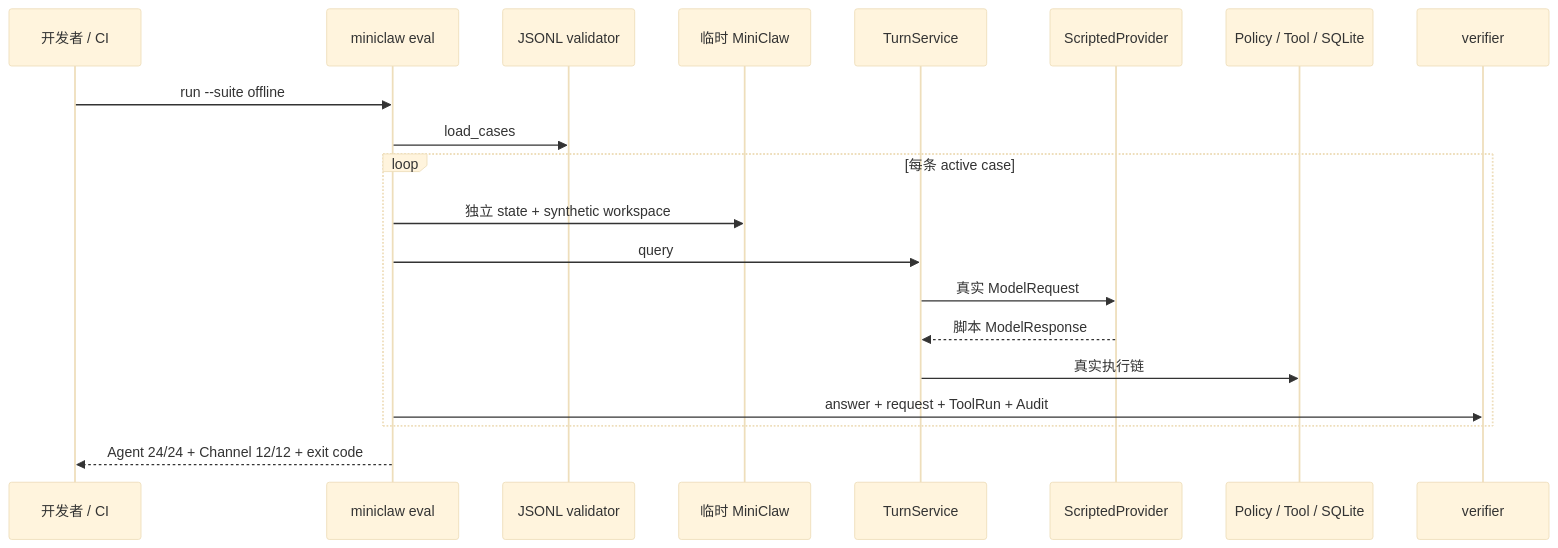
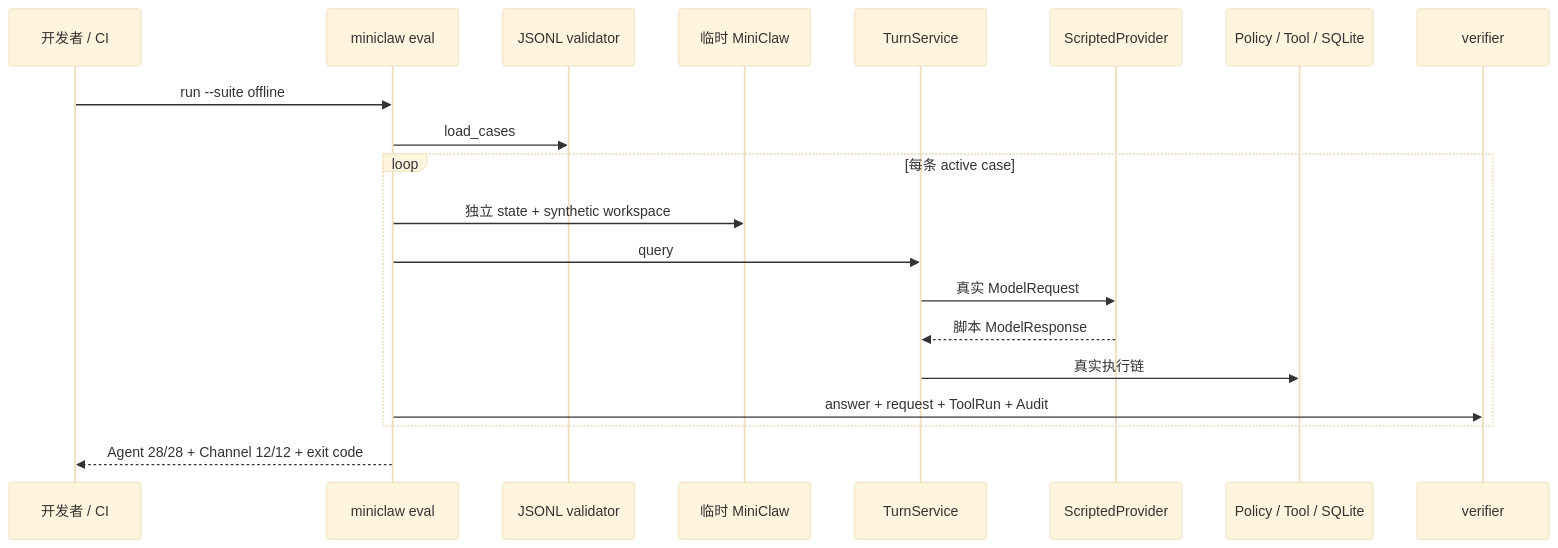
Before and after one commit to NEDONION/lobster0: the tenth of 10 diagrams in docs/architecture/20260807_系统架构.md, drawn with Mermaid (base theme). The commit also changed other lines of this file and 26 other files, not shown here.

````diff
--- a/docs/architecture/20260807_系统架构.md
+++ b/docs/architecture/20260807_系统架构.md
@@ -289,23 +289,23 @@
 ```mermaid
 sequenceDiagram
     participant Dev as 开发者 / CI
     participant CLI as miniclaw eval
     participant Loader as JSONL validator
     participant Temp as 临时 MiniClaw
     participant Turn as TurnService
     participant Fake as ScriptedProvider
     participant Tool as Policy / Tool / SQLite
     participant Verify as verifier
 
     Dev->>CLI: run --suite offline
     CLI->>Loader: load_cases
     loop 每条 active case
         CLI->>Temp: 独立 state + synthetic workspace
         CLI->>Turn: query
         Turn->>Fake: 真实 ModelRequest
         Fake-->>Turn: 脚本 ModelResponse
         Turn->>Tool: 真实执行链
         CLI->>Verify: answer + request + ToolRun + Audit
     end
-    CLI-->>Dev: Agent 24/24 + Channel 12/12 + exit code
+    CLI-->>Dev: Agent 28/28 + Channel 12/12 + exit code
 ```
````
